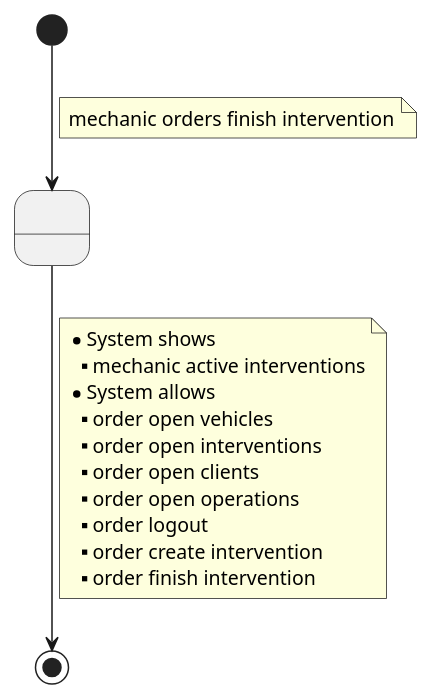
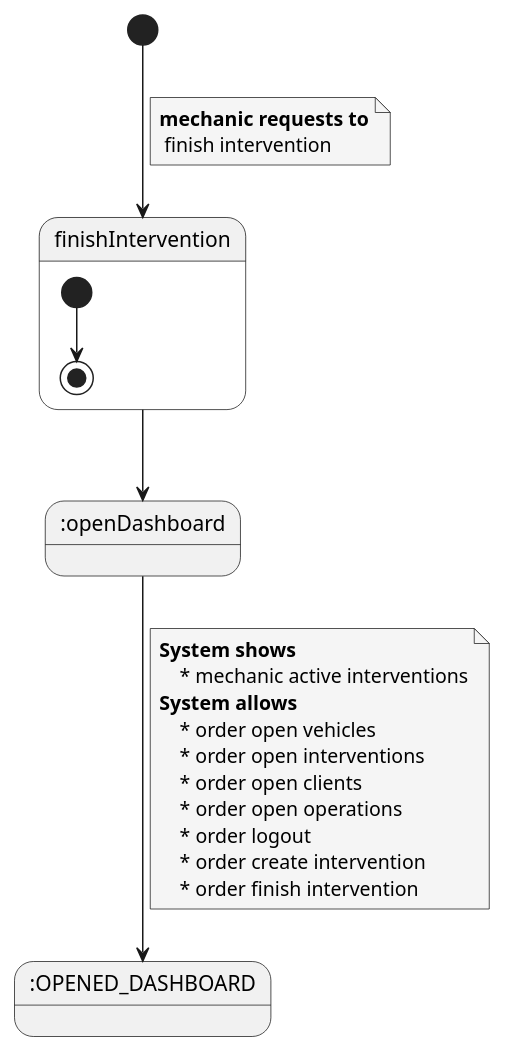
The diagram in documentation/1requiremets/usecases_specification/puml/finishIntervention.puml (Ruskab/agrimManager), drawn with PlantUML before and after one commit. The commit also changed 3 other files, not shown here.

```diff
--- a/documentation/1requiremets/usecases_specification/puml/finishIntervention.puml
+++ b/documentation/1requiremets/usecases_specification/puml/finishIntervention.puml
@@ -1,24 +1,35 @@
 @startuml
+skinparam {
+    NoteBackgroundColor #whiteSmoke
+}
 
-state 2 as " "
+state openDashboard as ":openDashboard"
+state OPENED_DASHBOARD as ":OPENED_DASHBOARD"
 
-[*] --> 2
+[*] --> finishIntervention
 note on link
-    mechanic orders finish intervention
+    <b>mechanic requests to</b>
+     finish intervention
 end note
 
-2 --> [*]
+state finishIntervention{
+    [*] --> [*]
+}
+
+finishIntervention --> openDashboard
+
+openDashboard --> OPENED_DASHBOARD
 note on link
-    * System shows
-    ** mechanic active interventions
-    * System allows
-    ** order open vehicles
-    ** order open interventions
-    ** order open clients
-    ** order open operations
-    ** order logout
-    ** order create intervention
-    ** order finish intervention
+<b>System shows</b>
+    * mechanic active interventions
+<b>System allows</b>
+    * order open vehicles
+    * order open interventions
+    * order open clients
+    * order open operations
+    * order logout
+    * order create intervention
+    * order finish intervention
 end note
 
 @enduml
```
